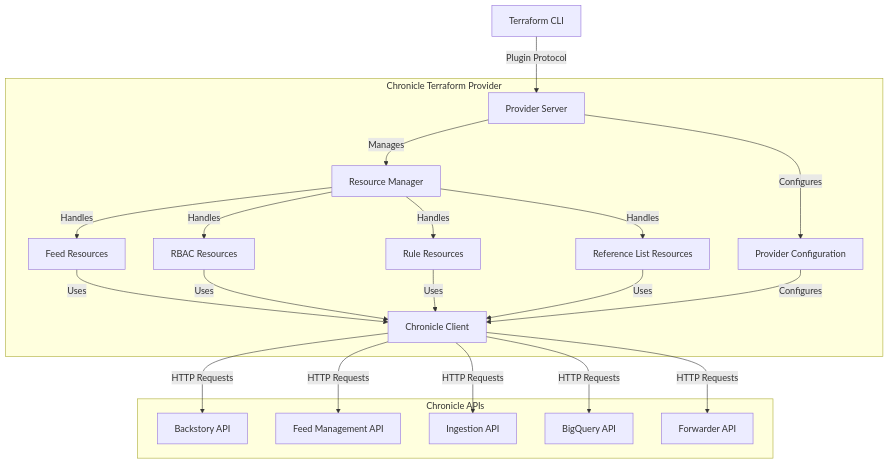
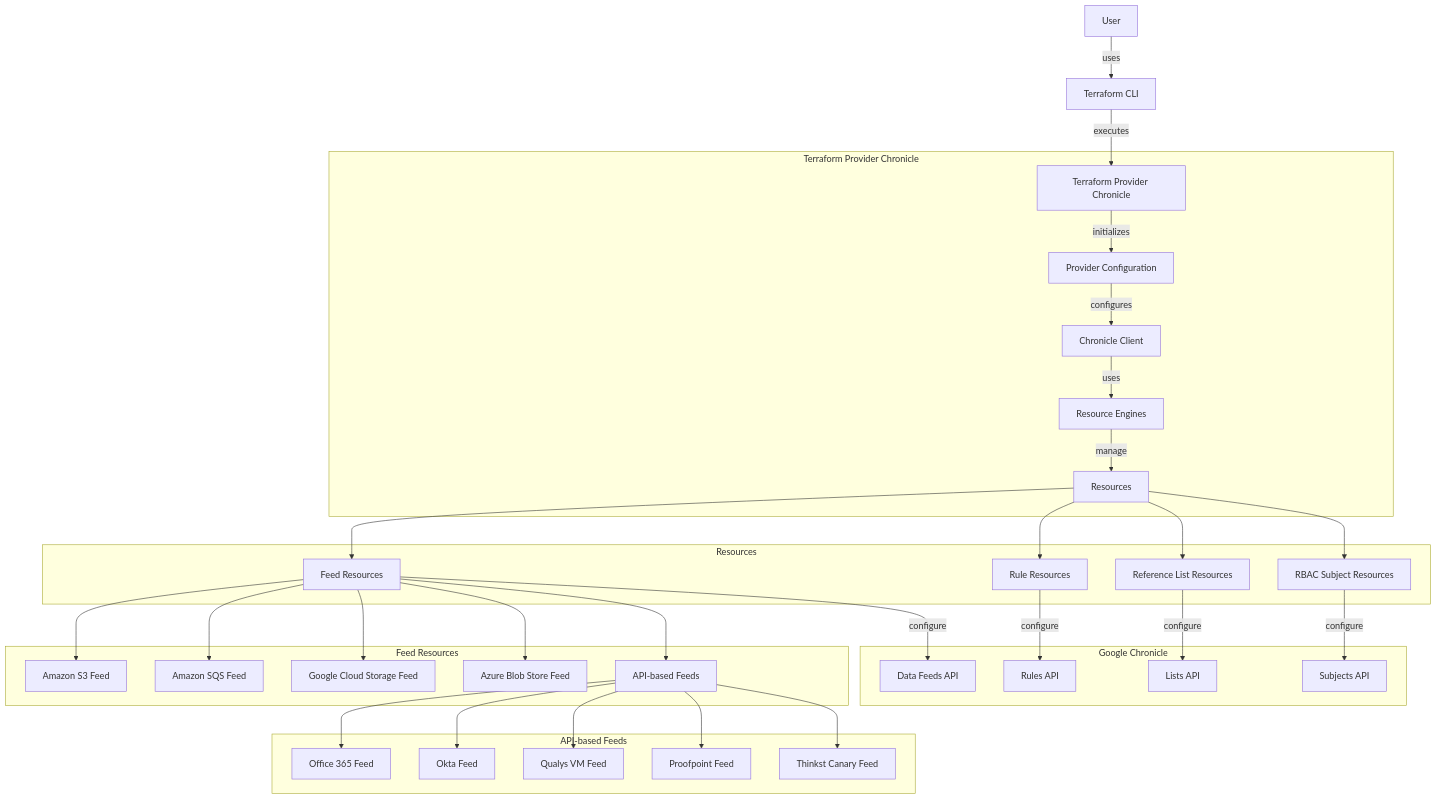
The second of 4 diagrams in examples/form3tech-oss/dir-sec-design-terraform-provider-chronicle-anthropicclaude-3.7-sonnetthinking.md (xvnpw/ai-security-analyzer), drawn with Mermaid before and after one commit. The commit also changed other lines of this file and 30 other files, not shown here.

````diff
--- a/examples/form3tech-oss/dir-sec-design-terraform-provider-chronicle-anthropicclaude-3.7-sonnetthinking.md
+++ b/examples/form3tech-oss/dir-sec-design-terraform-provider-chronicle-anthropicclaude-3.7-sonnetthinking.md
@@ -111,34 +102,47 @@
 ```mermaid
 graph TD
-    TerraformCLI[Terraform CLI] -->|Plugin Protocol| ProviderServer[Provider Server]
+    U[User] -->|uses| TC[Terraform CLI]
+    TC -->|executes| TP[Terraform Provider Chronicle]
 
-    subgraph Chronicle Terraform Provider
-        ProviderServer -->|Configures| ProviderConfig[Provider Configuration]
-        ProviderServer -->|Manages| ResourceManager[Resource Manager]
-        ResourceManager -->|Handles| FeedResources[Feed Resources]
-        ResourceManager -->|Handles| RBACResources[RBAC Resources]
-        ResourceManager -->|Handles| RuleResources[Rule Resources]
-        ResourceManager -->|Handles| ReferenceListResources[Reference List Resources]
-
-        FeedResources -->|Uses| ChronicleClient[Chronicle Client]
-        RBACResources -->|Uses| ChronicleClient
-        RuleResources -->|Uses| ChronicleClient
-        ReferenceListResources -->|Uses| ChronicleClient
-
-        ProviderConfig -->|Configures| ChronicleClient
+    subgraph "Terraform Provider Chronicle"
+    TP -->|initializes| PC[Provider Configuration]
+    PC -->|configures| CC[Chronicle Client]
+    CC -->|uses| RE[Resource Engines]
+    RE -->|manage| R[Resources]
     end
 
-    ChronicleClient -->|HTTP Requests| BackstoryAPI[Backstory API]
-    ChronicleClient -->|HTTP Requests| FeedAPI[Feed Management API]
-    ChronicleClient -->|HTTP Requests| IngestionAPI[Ingestion API]
-    ChronicleClient -->|HTTP Requests| BigQueryAPI[BigQuery API]
-    ChronicleClient -->|HTTP Requests| ForwarderAPI[Forwarder API]
+    subgraph "Resources"
+    R --> RF[Feed Resources]
+    R --> RR[Rule Resources]
+    R --> RL[Reference List Resources]
+    R --> RS[RBAC Subject Resources]
+    end
 
-    subgraph Chronicle APIs
-        BackstoryAPI
-        FeedAPI
-        IngestionAPI
-        BigQueryAPI
-        ForwarderAPI
+    subgraph "Feed Resources"
+    RF --> RFS3[Amazon S3 Feed]
+    RF --> RFSQS[Amazon SQS Feed]
+    RF --> RFGCS[Google Cloud Storage Feed]
+    RF --> RFAZB[Azure Blob Store Feed]
+    RF --> RFAPI[API-based Feeds]
+    end
+
+    subgraph "API-based Feeds"
+    RFAPI --> RFO365[Office 365 Feed]
+    RFAPI --> RFOKTA[Okta Feed]
+    RFAPI --> RFQVM[Qualys VM Feed]
+    RFAPI --> RFPP[Proofpoint Feed]
+    RFAPI --> RFTC[Thinkst Canary Feed]
+    end
+
+    RF -->|configure| DF[Data Feeds API]
+    RR -->|configure| DR[Rules API]
+    RL -->|configure| DL[Lists API]
+    RS -->|configure| DS[Subjects API]
+
+    subgraph "Google Chronicle"
+    DF[Data Feeds API]
+    DR[Rules API]
+    DL[Lists API]
+    DS[Subjects API]
     end
 ```
````
